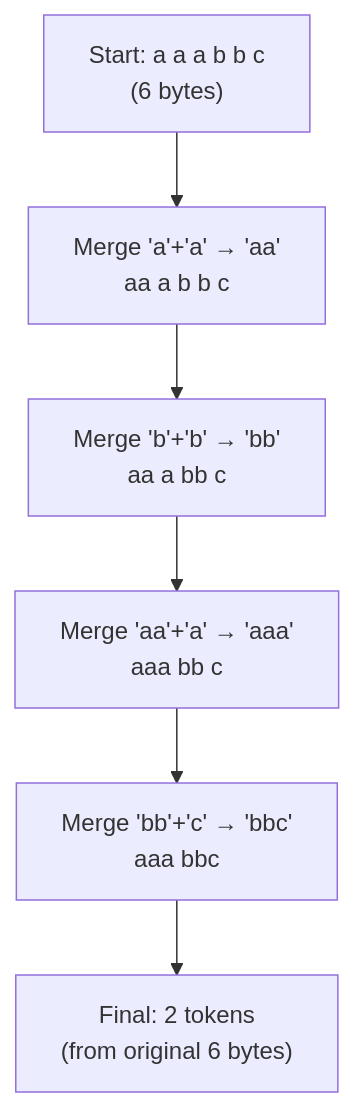
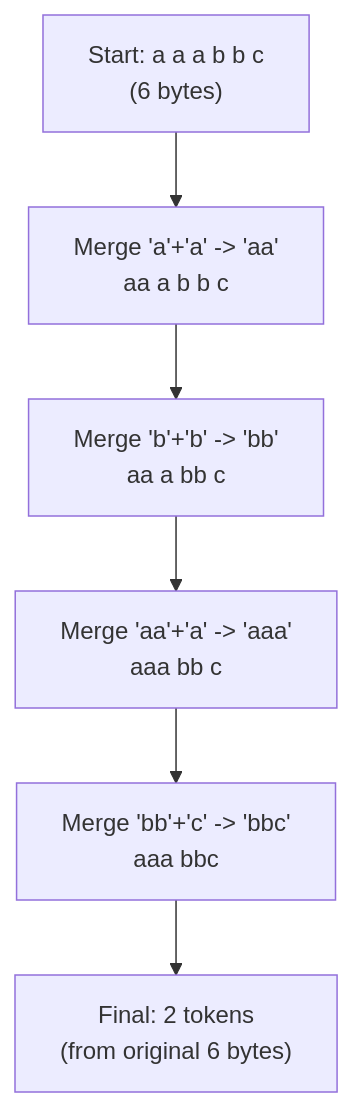
The second of 6 diagrams in learn/03_tokenizer.md (meever/nanochat), drawn with Mermaid before and after one commit. The commit also changed other lines of this file and 11 other files, not shown here.

````diff
--- a/learn/03_tokenizer.md
+++ b/learn/03_tokenizer.md
@@ -52,8 +52,8 @@
 ```mermaid
 flowchart TD
-  S0["Start: a a a b b c\n(6 bytes)"] --> M1["Merge 'a'+'a' → 'aa'\naa a b b c"]
-  M1 --> M2["Merge 'b'+'b' → 'bb'\naa a bb c"]
-  M2 --> M3["Merge 'aa'+'a' → 'aaa'\naaa bb c"]
-  M3 --> M4["Merge 'bb'+'c' → 'bbc'\naaa bbc"]
+  S0["Start: a a a b b c\n(6 bytes)"] --> M1["Merge 'a'+'a' -> 'aa'\naa a b b c"]
+  M1 --> M2["Merge 'b'+'b' -> 'bb'\naa a bb c"]
+  M2 --> M3["Merge 'aa'+'a' -> 'aaa'\naaa bb c"]
+  M3 --> M4["Merge 'bb'+'c' -> 'bbc'\naaa bbc"]
   M4 --> Done["Final: 2 tokens\n(from original 6 bytes)"]
 ```
````
